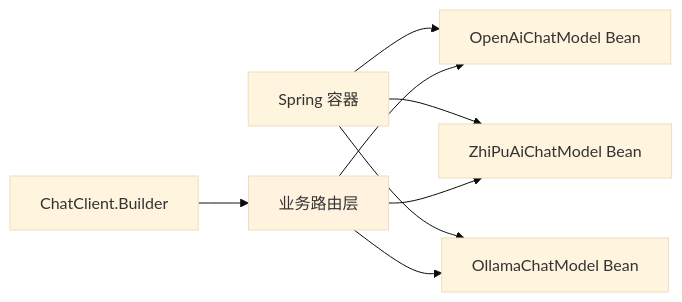
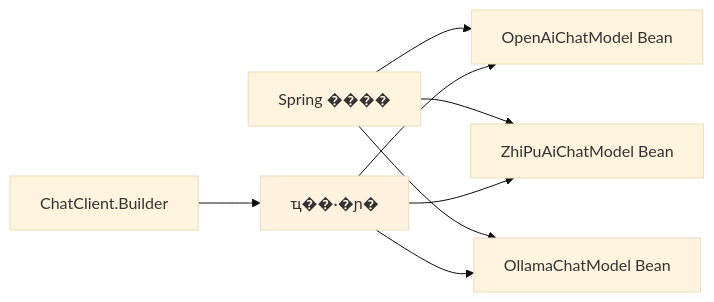
The third of 8 diagrams in content/post/ai-interview/SpringAI如何接入多种模型.zh-CN.md (TimeHunter618/hugo-maid-dev), drawn with Mermaid (base theme) before and after one commit. The commit also changed other lines of this file and 70 other files, not shown here.

````diff
--- a/content/post/ai-interview/SpringAI如何接入多种模型.zh-CN.md
+++ b/content/post/ai-interview/SpringAI如何接入多种模型.zh-CN.md
@@ -107,14 +107,14 @@
 ```mermaid
 graph LR
-    A[Spring 容器] --> B["OpenAiChatModel Bean"]
+    A[Spring ����] --> B["OpenAiChatModel Bean"]
     A --> C["ZhiPuAiChatModel Bean"]
     A --> D["OllamaChatModel Bean"]
 
-    E[业务路由层] --> B
+    E[ҵ��·�ɲ�] --> B
     E --> C
     E --> D
 
     F[ChatClient.Builder] --> E
 
     style E fill:#fff3e0
 ```
````
